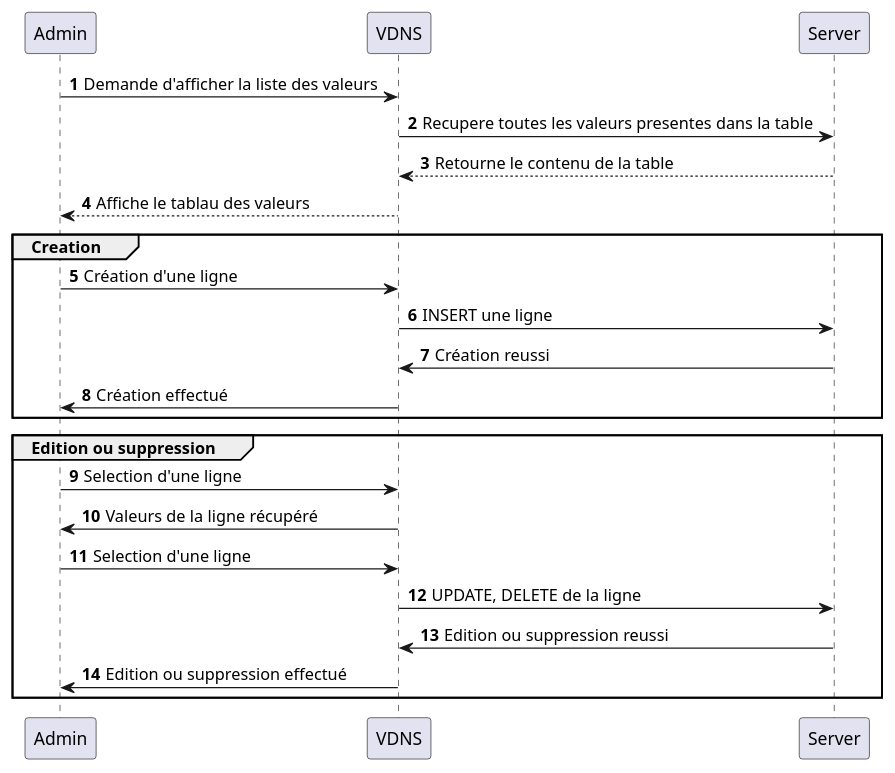
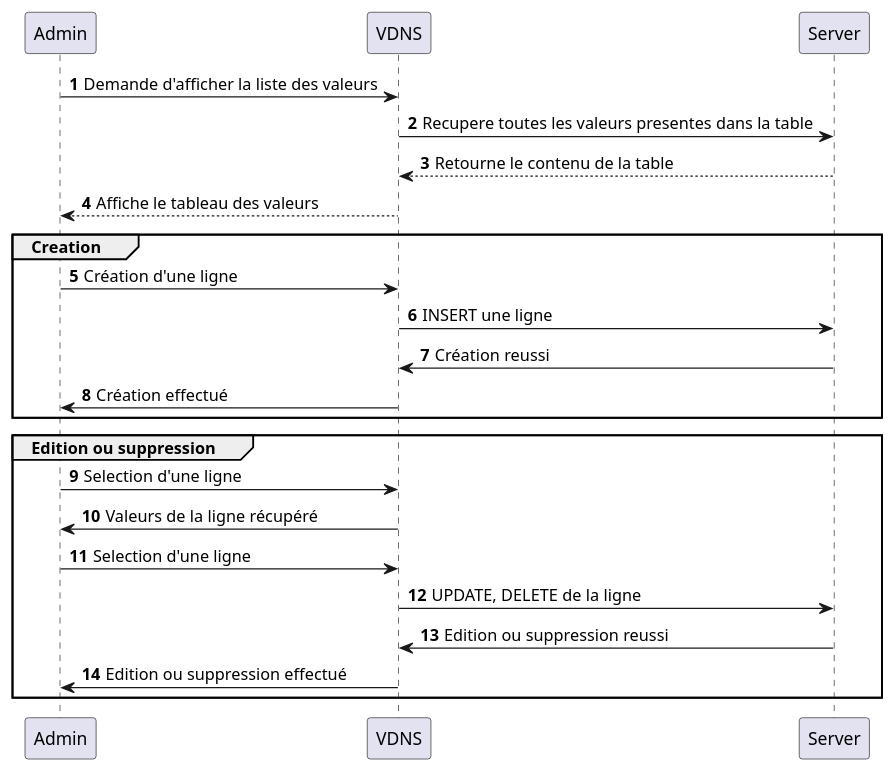
The diagram in Dossier_de_conception/diagSequence.puml (DWWM-AFPA/OverNet), drawn with PlantUML before and after one commit.

Commit message:
correction d'une faute

```diff
--- a/Dossier_de_conception/diagSequence.puml
+++ b/Dossier_de_conception/diagSequence.puml
@@ -1,26 +1,26 @@
 @startuml
 
 autonumber
 
 Admin -> VDNS: Demande d'afficher la liste des valeurs
 
 VDNS -> Server: Recupere toutes les valeurs presentes dans la table
 VDNS <-- Server: Retourne le contenu de la table
 
-VDNS --> Admin: Affiche le tablau des valeurs
+VDNS --> Admin: Affiche le tableau des valeurs
 group Creation
     Admin -> VDNS: Création d'une ligne
     VDNS -> Server: INSERT une ligne
     Server -> VDNS: Création reussi
     VDNS -> Admin: Création effectué
 end
 group Edition ou suppression
     Admin -> VDNS: Selection d'une ligne
     VDNS -> Admin: Valeurs de la ligne récupéré
     Admin -> VDNS: Selection d'une ligne
     VDNS -> Server: UPDATE, DELETE de la ligne
     Server -> VDNS: Edition ou suppression reussi
     VDNS -> Admin: Edition ou suppression effectué
 end
 
 @enduml
```
